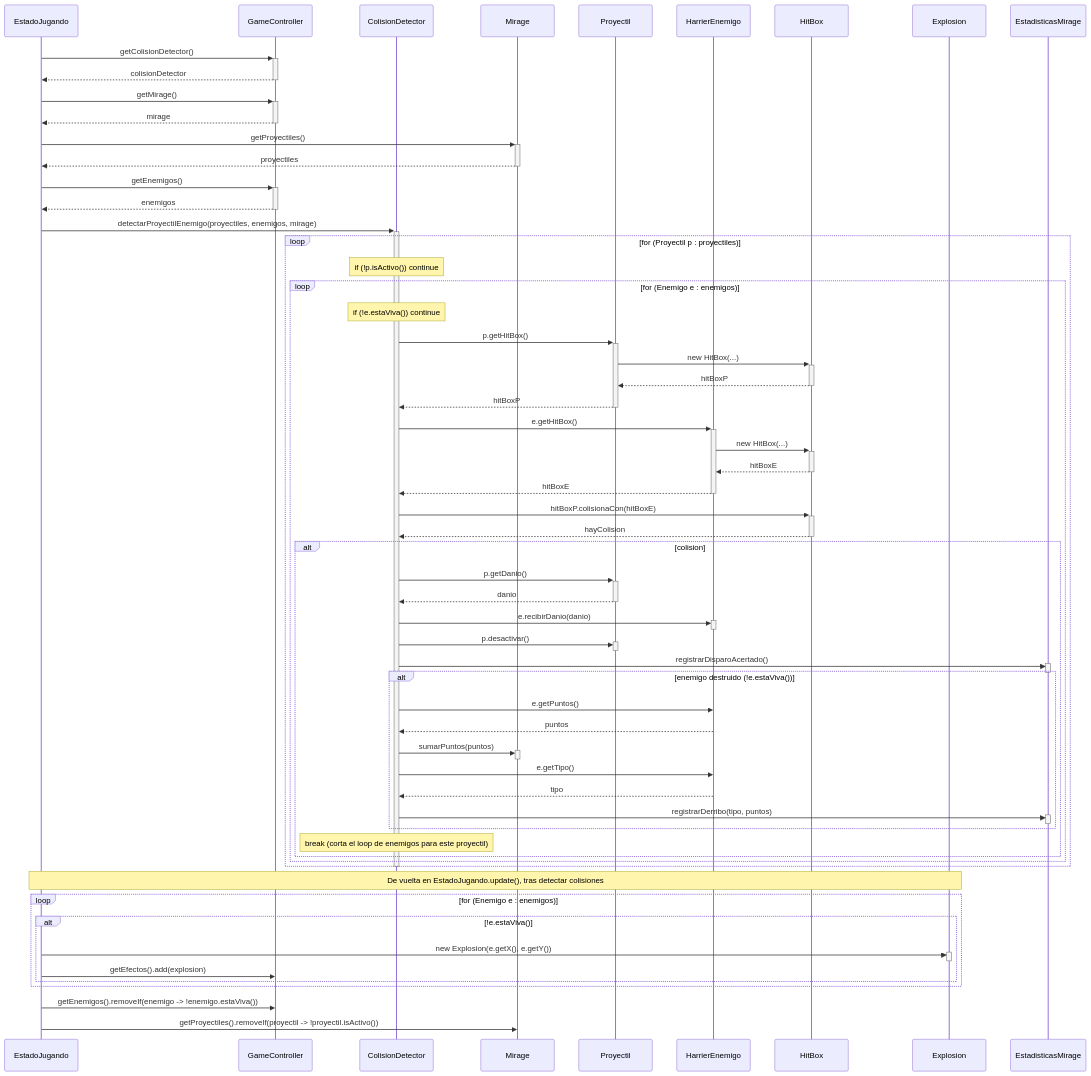
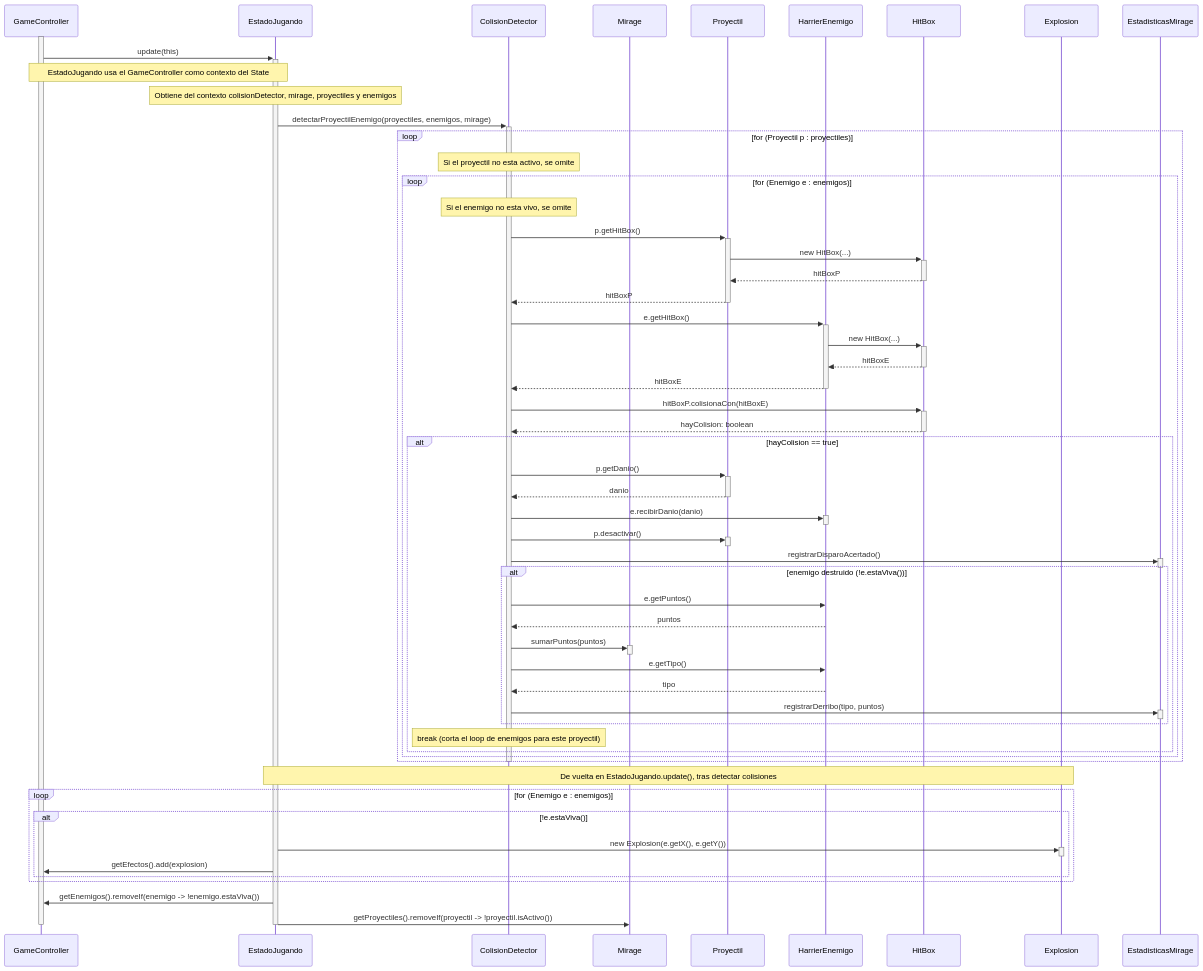
The fifth of 9 diagrams in docs/v1/analisis/casos-de-uso.md (Christian-Rojas-Rodriguez/juego-1982), drawn with Mermaid before and after one commit. The commit also changed other lines of this file, not shown here.

Commit message:
docs: modificar uc4 y arreglar visualizacion de uc1 y uc5

````diff
--- a/docs/v1/analisis/casos-de-uso.md
+++ b/docs/v1/analisis/casos-de-uso.md
@@ -205,72 +205,70 @@
 ```mermaid
 sequenceDiagram
+    participant GameController
     participant EstadoJugando
-    participant GameController
     participant ColisionDetector
     participant Mirage
     participant Proyectil
     participant HarrierEnemigo
     participant HitBox
     participant Explosion
     participant EstadisticasMirage
 
-    EstadoJugando->>+GameController: getColisionDetector()
-    GameController-->>-EstadoJugando: colisionDetector
-    EstadoJugando->>+GameController: getMirage()
-    GameController-->>-EstadoJugando: mirage
-    EstadoJugando->>+Mirage: getProyectiles()
-    Mirage-->>-EstadoJugando: proyectiles
-    EstadoJugando->>+GameController: getEnemigos()
-    GameController-->>-EstadoJugando: enemigos
+    activate GameController
+    GameController->>+EstadoJugando: update(this)
+    Note over EstadoJugando,GameController: EstadoJugando usa el GameController como contexto del State
+    Note over EstadoJugando: Obtiene del contexto colisionDetector, mirage, proyectiles y enemigos
 
     EstadoJugando->>+ColisionDetector: detectarProyectilEnemigo(proyectiles, enemigos, mirage)
     loop for (Proyectil p : proyectiles)
-        Note over ColisionDetector: if (!p.isActivo()) continue;
+        Note over ColisionDetector: Si el proyectil no esta activo, se omite
         loop for (Enemigo e : enemigos)
-            Note over ColisionDetector: if (!e.estaViva()) continue;
+            Note over ColisionDetector: Si el enemigo no esta vivo, se omite
             ColisionDetector->>+Proyectil: p.getHitBox()
             Proyectil->>+HitBox: new HitBox(...)
             HitBox-->>-Proyectil: hitBoxP
             Proyectil-->>-ColisionDetector: hitBoxP
             ColisionDetector->>+HarrierEnemigo: e.getHitBox()
             HarrierEnemigo->>+HitBox: new HitBox(...)
             HitBox-->>-HarrierEnemigo: hitBoxE
             HarrierEnemigo-->>-ColisionDetector: hitBoxE
             ColisionDetector->>+HitBox: hitBoxP.colisionaCon(hitBoxE)
-            HitBox-->>-ColisionDetector: hayColision
-            alt colision
+            HitBox-->>-ColisionDetector: hayColision: boolean
+            alt hayColision == true
                 ColisionDetector->>+Proyectil: p.getDanio()
                 Proyectil-->>-ColisionDetector: danio
                 ColisionDetector->>+HarrierEnemigo: e.recibirDanio(danio)
                 deactivate HarrierEnemigo
                 ColisionDetector->>+Proyectil: p.desactivar()
                 deactivate Proyectil
                 ColisionDetector->>+EstadisticasMirage: registrarDisparoAcertado()
                 deactivate EstadisticasMirage
                 alt enemigo destruido (!e.estaViva())
                     ColisionDetector->>HarrierEnemigo: e.getPuntos()
                     HarrierEnemigo-->>ColisionDetector: puntos
                     ColisionDetector->>+Mirage: sumarPuntos(puntos)
                     deactivate Mirage
                     ColisionDetector->>HarrierEnemigo: e.getTipo()
                     HarrierEnemigo-->>ColisionDetector: tipo
                     ColisionDetector->>+EstadisticasMirage: registrarDerribo(tipo, puntos)
                     deactivate EstadisticasMirage
                 end
                 Note over ColisionDetector: break (corta el loop de enemigos para este proyectil)
             end
         end
     end
     deactivate ColisionDetector
 
     Note over EstadoJugando,Explosion: De vuelta en EstadoJugando.update(), tras detectar colisiones
     loop for (Enemigo e : enemigos)
         alt !e.estaViva()
             EstadoJugando->>+Explosion: new Explosion(e.getX(), e.getY())
             deactivate Explosion
             EstadoJugando->>GameController: getEfectos().add(explosion)
         end
     end
     EstadoJugando->>GameController: getEnemigos().removeIf(enemigo -> !enemigo.estaViva())
     EstadoJugando->>Mirage: getProyectiles().removeIf(proyectil -> !proyectil.isActivo())
+    deactivate EstadoJugando
+    deactivate GameController
 ```
````
